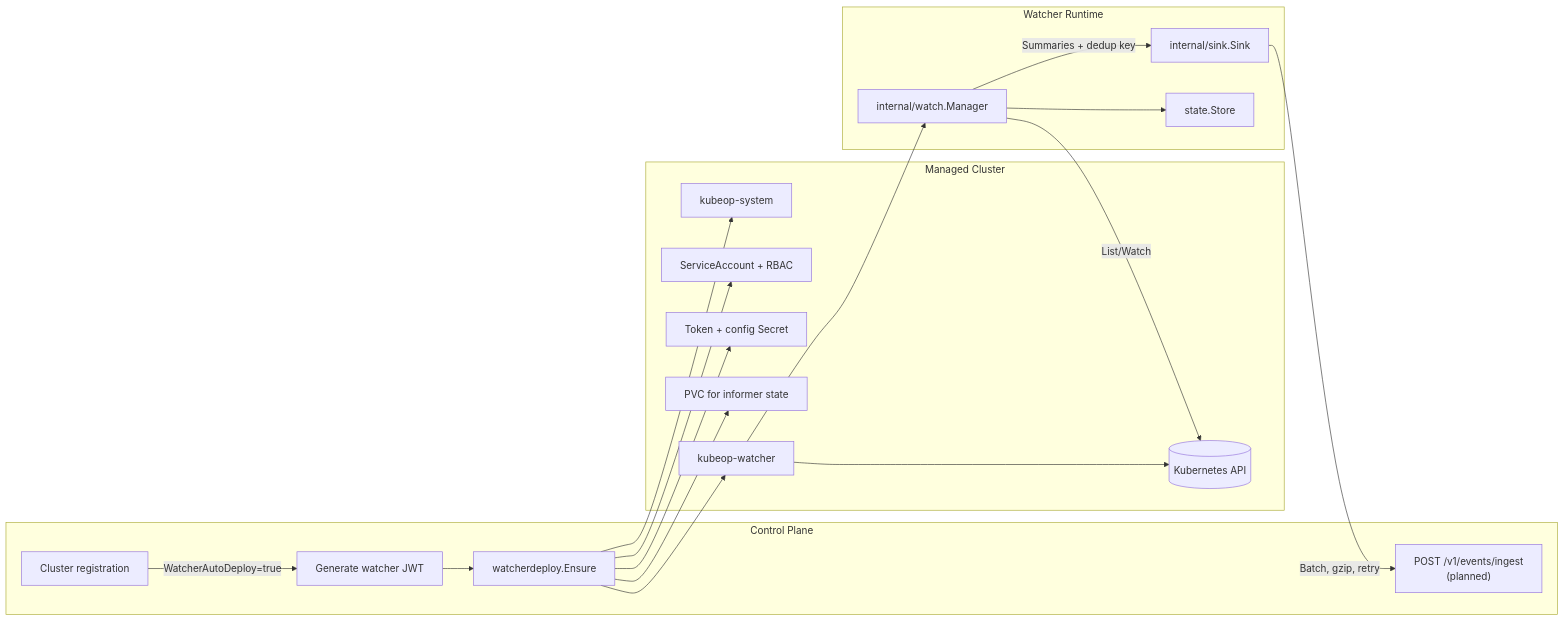
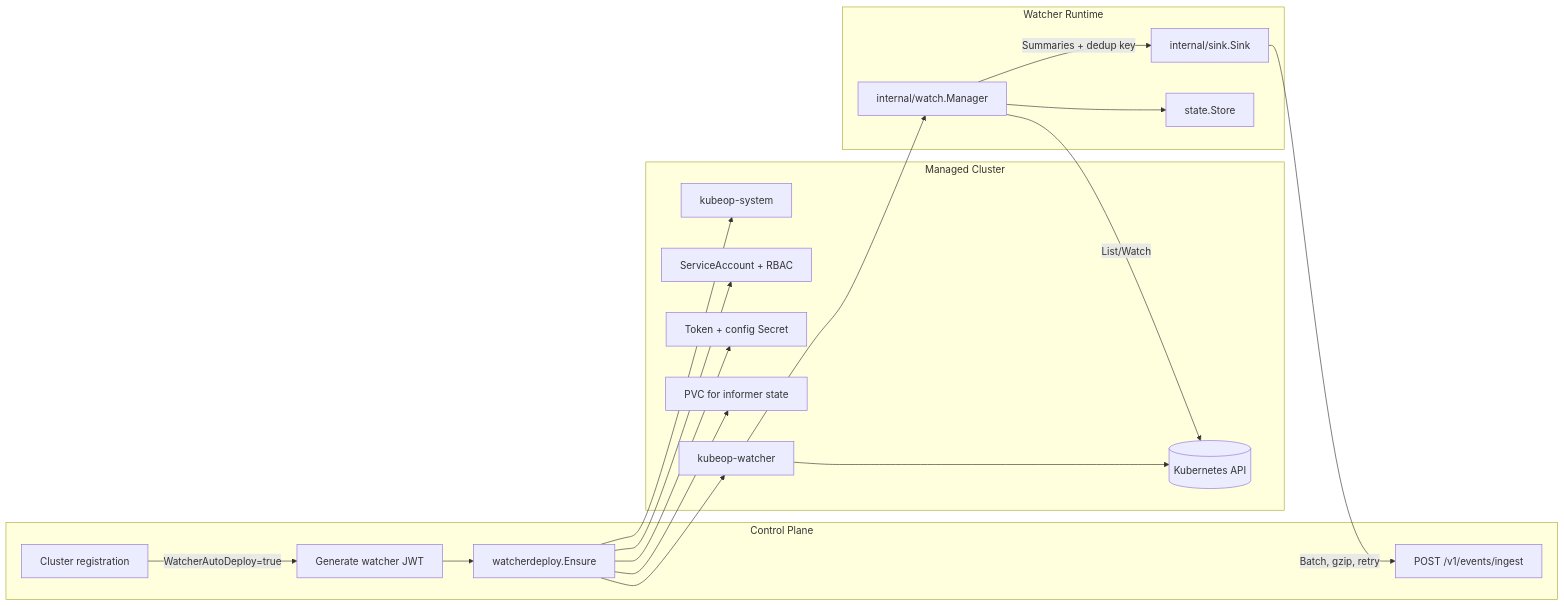
The third of 4 diagrams in docs/architecture.md (vaheed/kubeOP), drawn with Mermaid before and after one commit. The commit also changed other lines of this file and 15 other files, not shown here.

Commit message:
Add watcher events ingest endpoint

````diff
--- a/docs/architecture.md
+++ b/docs/architecture.md
@@ -86,35 +86,35 @@
 ```mermaid
 flowchart LR
     subgraph Control Plane
         Register["Cluster registration"]
         Token["Generate watcher JWT"]
         WDDeployer["watcherdeploy.Ensure"]
-        EventsAPI["POST /v1/events/ingest<br/>(planned)"]
+        EventsAPI["POST /v1/events/ingest"]
     end
     subgraph Managed Cluster
         Namespace["kubeop-system"]
         WatcherSA["ServiceAccount + RBAC"]
         WatcherSecret["Token + config Secret"]
         WatcherPVC["PVC for informer state"]
         WatcherDeployment["kubeop-watcher"]
         ClusterAPI[("Kubernetes API")]
     end
     subgraph Watcher Runtime
         Manager["internal/watch.Manager"]
         Sink["internal/sink.Sink"]
         Store["state.Store"]
     end
 
     Register -->|WatcherAutoDeploy=true| Token --> WDDeployer
     WDDeployer --> Namespace
     WDDeployer --> WatcherSA
     WDDeployer --> WatcherSecret
     WDDeployer --> WatcherPVC
     WDDeployer --> WatcherDeployment
     WatcherDeployment --> Manager
     WatcherDeployment --> ClusterAPI
     Manager -->|List/Watch| ClusterAPI
     Manager --> Store
     Manager -->|Summaries + dedup key| Sink
     Sink -->|Batch, gzip, retry| EventsAPI
 ```
````
